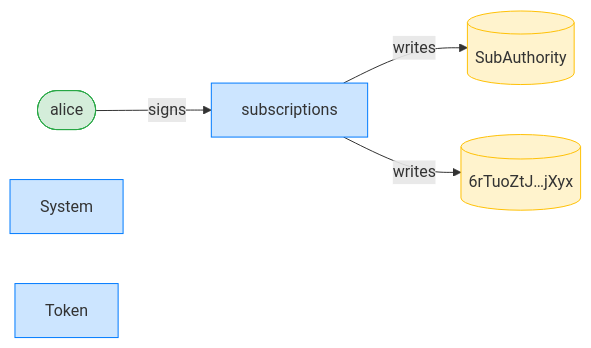
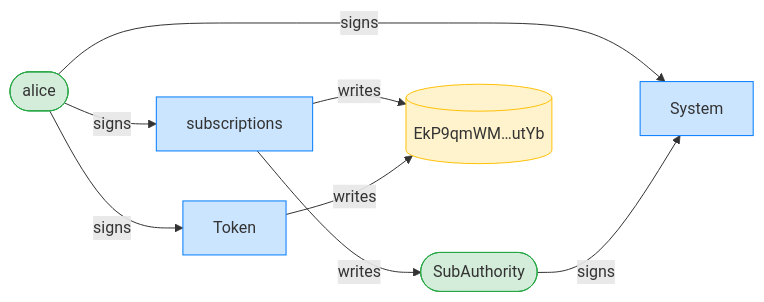
Before and after one commit to cds-rs/subscriptions: the third of 16 diagrams in dsl_tests/cancel-a-subscription--happy-path-.md, drawn with Mermaid. The commit also changed other lines of this file and 224 other files, not shown here.

````diff
--- a/dsl_tests/cancel-a-subscription--happy-path-.md
+++ b/dsl_tests/cancel-a-subscription--happy-path-.md
@@ -55,15 +56,19 @@
 ```mermaid
 flowchart LR
     classDef signer fill:#d4edda,stroke:#28a745;
     classDef program fill:#cce5ff,stroke:#007bff;
     classDef writable fill:#fff3cd,stroke:#ffc107;
     subscriptions[subscriptions]:::program
     alice([alice]):::signer
-    SubAuthority[(SubAuthority)]:::writable
-    6rTuoZtJ_jXyx[("6rTuoZtJ…jXyx")]:::writable
+    SubAuthority([SubAuthority]):::signer
+    EkP9qmWM_utYb[("EkP9qmWM…utYb")]:::writable
     System[System]:::program
     Token[Token]:::program
     alice -->|signs| subscriptions
+    alice -->|signs| System
+    SubAuthority -->|signs| System
+    alice -->|signs| Token
     subscriptions -->|writes| SubAuthority
-    subscriptions -->|writes| 6rTuoZtJ_jXyx
+    subscriptions -->|writes| EkP9qmWM_utYb
+    Token -->|writes| EkP9qmWM_utYb
 ```
````
